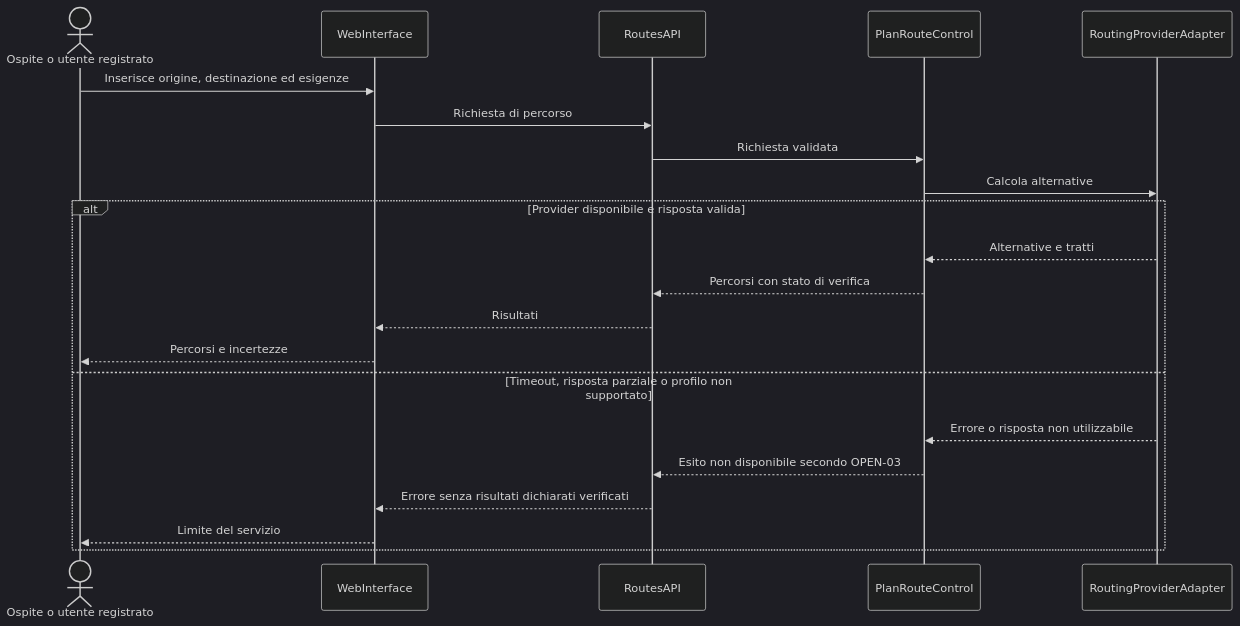
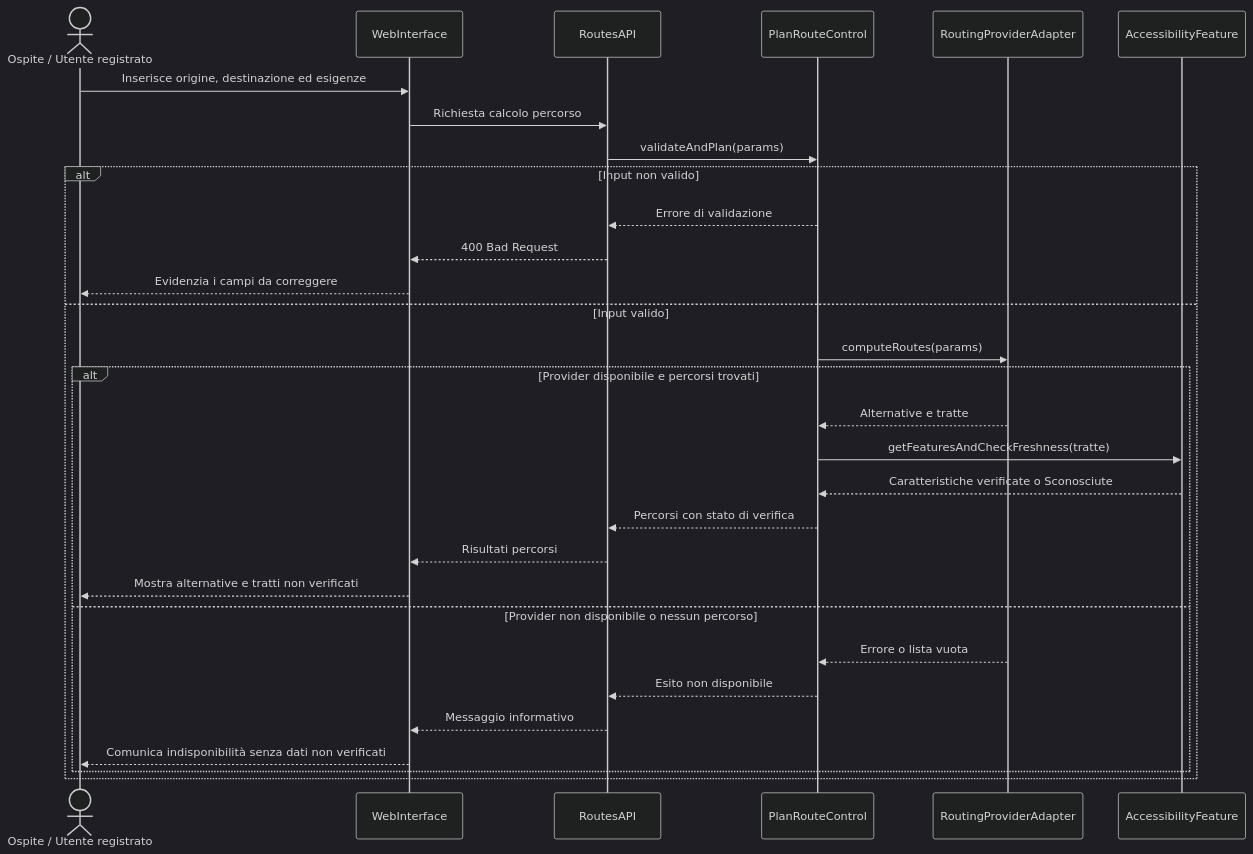
Before and after one commit to andreaplini/aegis: the third of 10 diagrams in docs/RAD.md, drawn with Mermaid (dark theme). The commit also changed other lines of this file, not shown here.

````diff
--- a/docs/RAD.md
+++ b/docs/RAD.md
@@ -412,24 +511,32 @@
 ```mermaid
 sequenceDiagram
-  accDescr: L'ospite o l'utente registrato invia la richiesta e riceve percorsi con l'incertezza evidenziata.
-  actor U as Ospite o utente registrato
+  actor U as Ospite / Utente registrato
   participant UI as WebInterface
   participant API as RoutesAPI
   participant UC as PlanRouteControl
   participant RP as RoutingProviderAdapter
+  participant AF as AccessibilityFeature
   U->>UI: Inserisce origine, destinazione ed esigenze
-  UI->>API: Richiesta di percorso
-  API->>UC: Richiesta validata
-  UC->>RP: Calcola alternative
-  alt Provider disponibile e risposta valida
-    RP-->>UC: Alternative e tratti
-    UC-->>API: Percorsi con stato di verifica
-    API-->>UI: Risultati
-    UI-->>U: Percorsi e incertezze
-  else Timeout, risposta parziale o profilo non supportato
-    RP-->>UC: Errore o risposta non utilizzabile
-    UC-->>API: Esito non disponibile secondo OPEN-03
-    API-->>UI: Errore senza risultati dichiarati verificati
-    UI-->>U: Limite del servizio
+  UI->>API: Richiesta calcolo percorso
+  API->>UC: validateAndPlan(params)
+  alt Input non valido
+    UC-->>API: Errore di validazione
+    API-->>UI: 400 Bad Request
+    UI-->>U: Evidenzia i campi da correggere
+  else Input valido
+    UC->>RP: computeRoutes(params)
+    alt Provider disponibile e percorsi trovati
+      RP-->>UC: Alternative e tratte
+      UC->>AF: getFeaturesAndCheckFreshness(tratte)
+      AF-->>UC: Caratteristiche verificate o Sconosciute
+      UC-->>API: Percorsi con stato di verifica
+      API-->>UI: Risultati percorsi
+      UI-->>U: Mostra alternative e tratti non verificati
+    else Provider non disponibile o nessun percorso
+      RP-->>UC: Errore o lista vuota
+      UC-->>API: Esito non disponibile
+      API-->>UI: Messaggio informativo
+      UI-->>U: Comunica indisponibilità senza dati non verificati
+    end
   end
 ```
````
